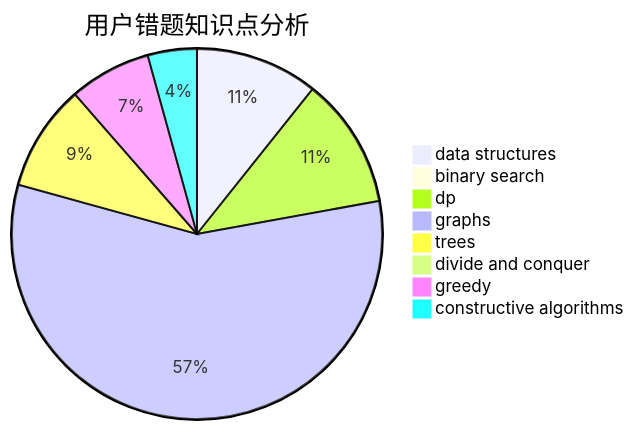
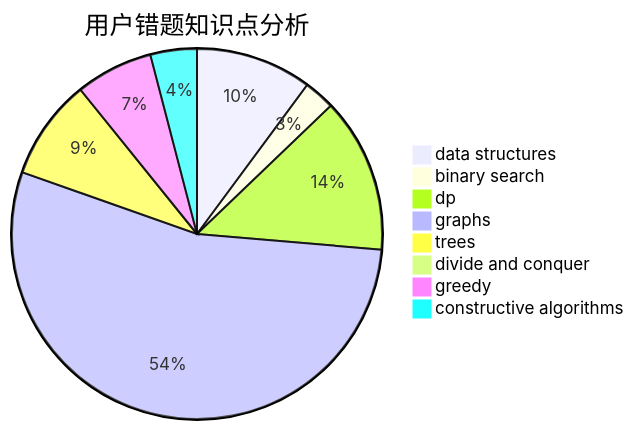
The third of 3 diagrams in docs/user/u321.md (sherpahu/cfrs.github.io), drawn with Mermaid before and after one commit. The commit also changed other lines of this file and 2770 other files, not shown here.

````diff
--- a/docs/user/u321.md
+++ b/docs/user/u321.md
@@ -36,11 +36,11 @@
 ```mermaid
 pie title 用户错题知识点分析
     "data structures" :  15
-    "binary search" :  1
-    "dp" :  16
+    "binary search" :  4
+    "dp" :  20
     "graphs" :  80
     "trees" :  13
     "divide and conquer" :  0
     "greedy" :  10
     "constructive algorithms" :  6
 ```
````
